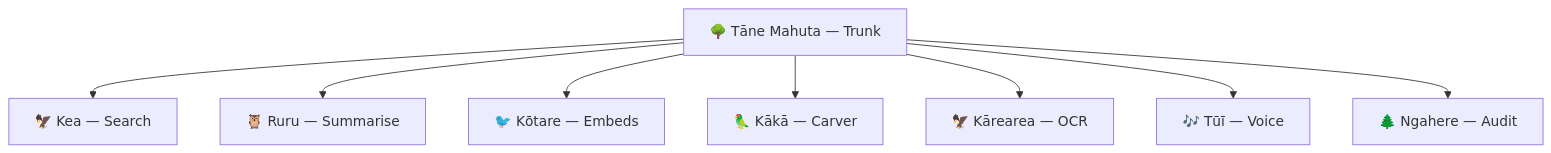
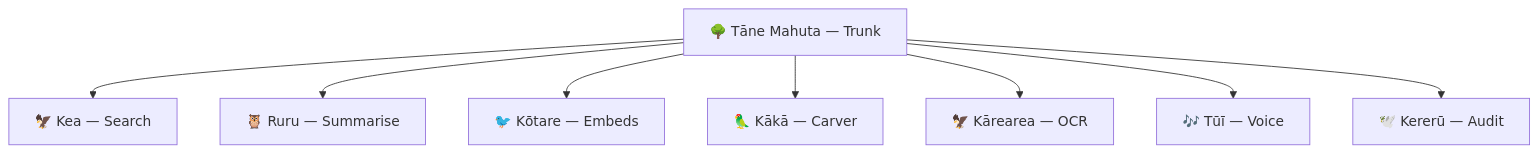
Before and after one commit to Hemi-Whiro22/Ngahere-OS: the diagram in README.md, drawn with Mermaid. The commit also changed other lines of this file and 2 other files, not shown here.

````diff
--- a/README.md
+++ b/README.md
@@ -19,11 +19,11 @@
 ```mermaid
 graph TD
     TaneMahuta["🌳 Tāne Mahuta — Trunk"] 
     TaneMahuta --> Kea["🦅 Kea — Search"]
     TaneMahuta --> Ruru["🦉 Ruru — Summarise"]
     TaneMahuta --> Kotare["🐦 Kōtare — Embeds"]
     TaneMahuta --> Kaka["🦜 Kākā — Carver"]
     TaneMahuta --> Karearea["🦅 Kārearea — OCR"]
     TaneMahuta --> Tui["🎶 Tūī — Voice"]
-    TaneMahuta --> Ngahere["🌲 Ngahere — Audit"]
+    TaneMahuta --> Kereru["🕊️ Kererū — Audit"]
 ```
````
